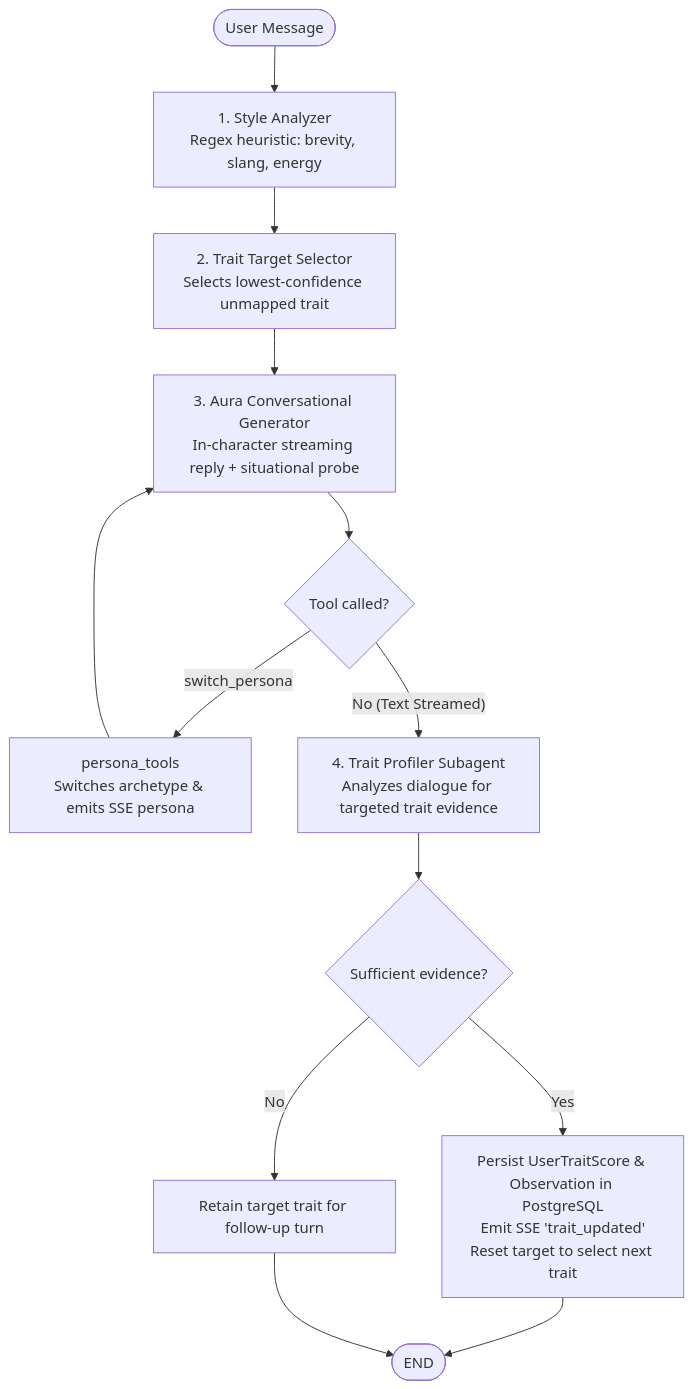
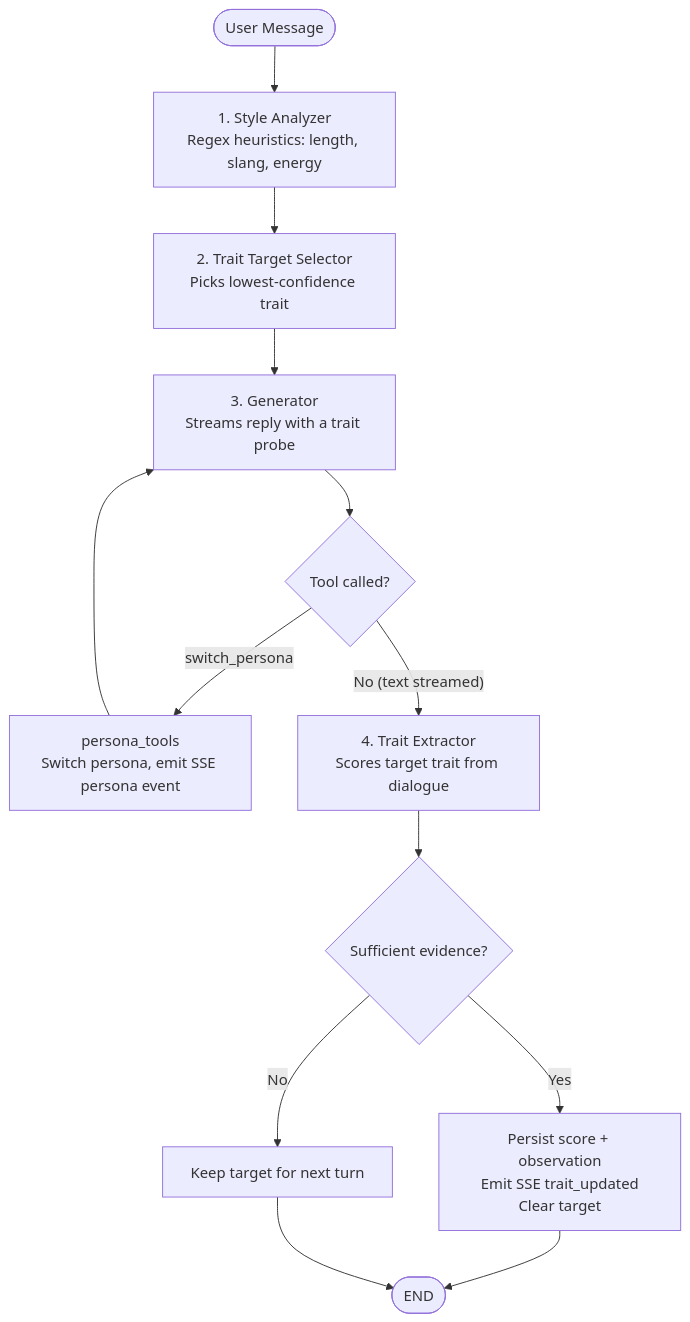
Before and after one commit to bharathraj-v/persona-agent: the diagram in README.md, drawn with Mermaid. The commit also changed other lines of this file, not shown here.

````diff
--- a/README.md
+++ b/README.md
@@ -63,19 +13,19 @@
 ```mermaid
 flowchart TD
-    START([User Message]) --> SA[1. Style Analyzer<br/>Regex heuristic: brevity, slang, energy]
-    SA --> TS[2. Trait Target Selector<br/>Selects lowest-confidence unmapped trait]
-    TS --> GEN[3. Aura Conversational Generator<br/>In-character streaming reply + situational probe]
-    
+    START([User Message]) --> SA[1. Style Analyzer<br/>Regex heuristics: length, slang, energy]
+    SA --> TS[2. Trait Target Selector<br/>Picks lowest-confidence trait]
+    TS --> GEN[3. Generator<br/>Streams reply with a trait probe]
+
     GEN --> ROUTE{Tool called?}
-    ROUTE -- "switch_persona" --> PT[persona_tools<br/>Switches archetype & emits SSE persona]
+    ROUTE -- "switch_persona" --> PT[persona_tools<br/>Switch persona, emit SSE persona event]
     PT --> GEN
-    
-    ROUTE -- "No (Text Streamed)" --> TE[4. Trait Profiler Subagent<br/>Analyzes dialogue for targeted trait evidence]
-    
+
+    ROUTE -- "No (text streamed)" --> TE[4. Trait Extractor<br/>Scores target trait from dialogue]
+
     TE --> EVAL{Sufficient evidence?}
-    EVAL -- Yes --> SAVE[Persist UserTraitScore & Observation in PostgreSQL<br/>Emit SSE 'trait_updated'<br/>Reset target to select next trait]
-    EVAL -- No --> KEEP[Retain target trait for follow-up turn]
-    
+    EVAL -- Yes --> SAVE[Persist score + observation<br/>Emit SSE trait_updated<br/>Clear target]
+    EVAL -- No --> KEEP[Keep target for next turn]
+
     SAVE --> END([END])
-    KEEP --> END([END])
+    KEEP --> END
 ```
````
